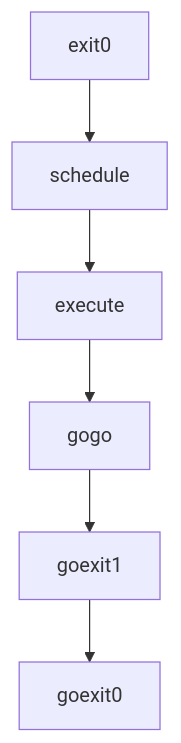
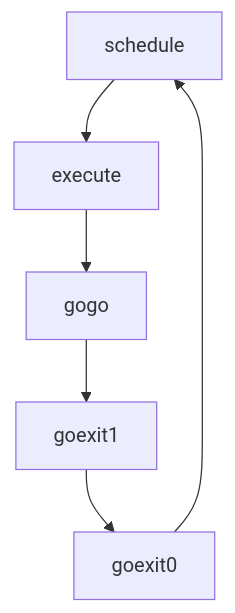
The ninth of 10 diagrams in scheduler.md (cch123/golang-notes), drawn with Mermaid before and after one commit.

````diff
--- a/scheduler.md
+++ b/scheduler.md
@@ -1180,8 +1180,8 @@
 ```mermaid
 graph TD
 schedule --> execute
 execute --> gogo
 gogo --> goexit1
 goexit1 --> goexit0
-exit0 --> schedule
+goexit0 --> schedule
 ```
````
